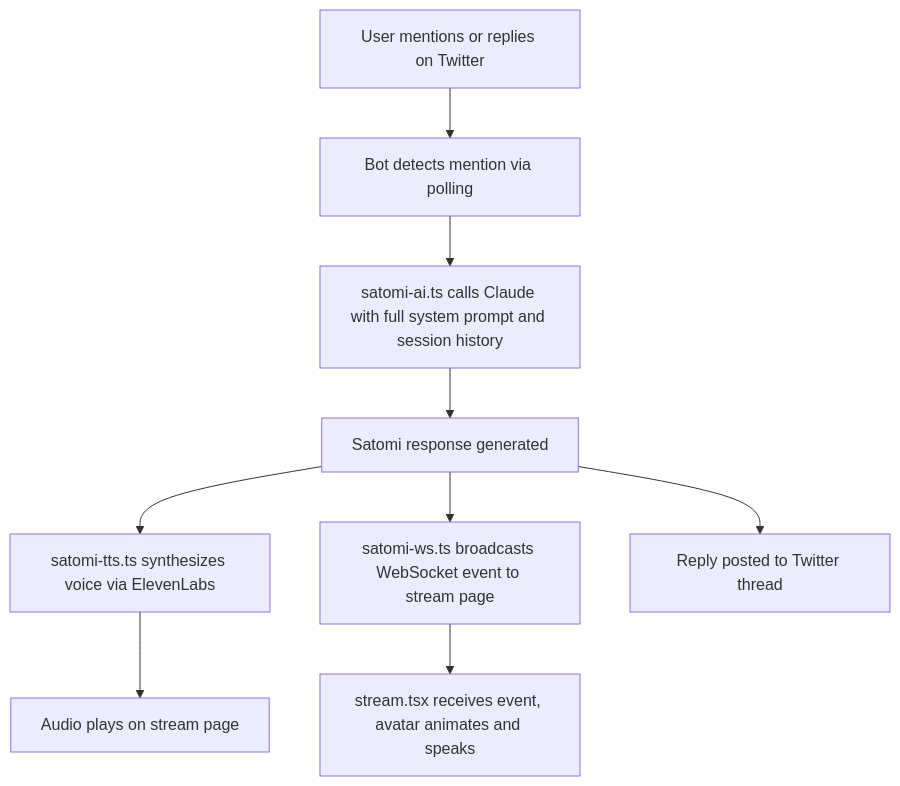
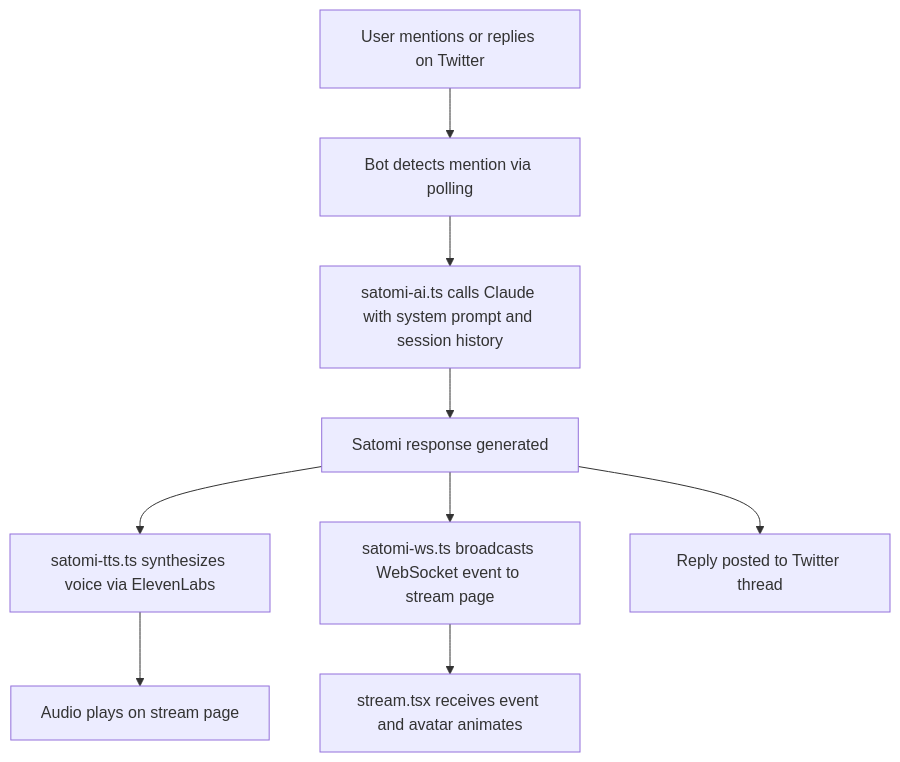
Before and after one commit to satominakamichi/.github: the second of 3 diagrams in profile/README.md, drawn with Mermaid. The commit also changed other lines of this file, not shown here.

Commit message:
fix: mermaid parse error, remove em dashes, developer tone

````diff
--- a/profile/README.md
+++ b/profile/README.md
@@ -51,11 +45,11 @@
   ```mermaid
   flowchart TD
       A[User mentions or replies on Twitter] --> B[Bot detects mention via polling]
-      B --> C[satomi-ai.ts calls Claude with full system prompt and session history]
+      B --> C[satomi-ai.ts calls Claude with system prompt and session history]
       C --> D[Satomi response generated]
       D --> E[satomi-tts.ts synthesizes voice via ElevenLabs]
       D --> F[satomi-ws.ts broadcasts WebSocket event to stream page]
       D --> G[Reply posted to Twitter thread]
       E --> H[Audio plays on stream page]
-      F --> I[stream.tsx receives event, avatar animates and speaks]
+      F --> I[stream.tsx receives event and avatar animates]
   ```
````
